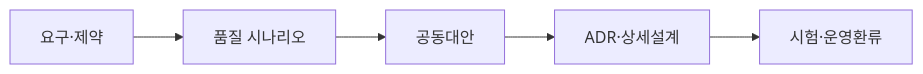
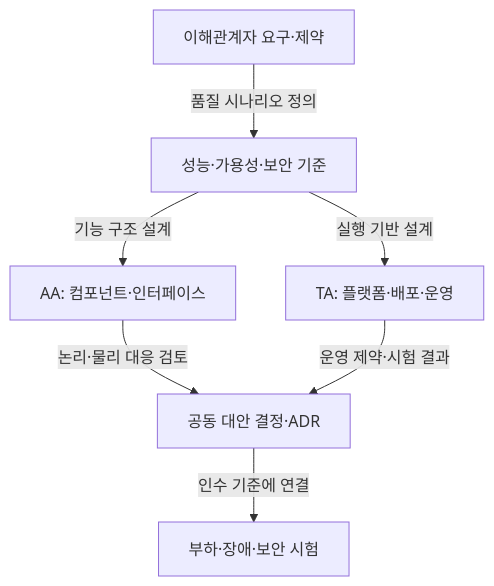
One commit to agnusdei1207/study changed the second of 2 diagrams in src/content/docs/notes/itpe/02-software-engineering/055_ta_vs_aa.md. Above: the diagram before and after it, drawn with Mermaid. The commit also changed other lines of this file and 31 other files, not shown here.

Commit message:
docs(itpe): correct software engineering architecture and test notes

````diff
--- a/src/content/docs/notes/itpe/02-software-engineering/055_ta_vs_aa.md
+++ b/src/content/docs/notes/itpe/02-software-engineering/055_ta_vs_aa.md
@@ -92,7 +103,9 @@
 ```mermaid
-flowchart LR
-    A["요구·제약"] --> B["품질 시나리오"]
-    B --> C["공동대안"]
-    C --> D["ADR·상세설계"]
-    D --> E["시험·운영환류"]
+flowchart TD
+    A["이해관계자 요구·제약"] -->|"품질 시나리오 정의"| B["성능·가용성·보안 기준"]
+    B -->|"기능 구조 설계"| C["AA: 컴포넌트·인터페이스"]
+    B -->|"실행 기반 설계"| D["TA: 플랫폼·배포·운영"]
+    C -->|"논리·물리 대응 검토"| E["공동 대안 결정·ADR"]
+    D -->|"운영 제약·시험 결과"| E
+    E -->|"인수 기준에 연결"| F["부하·장애·보안 시험"]
 ```
````
